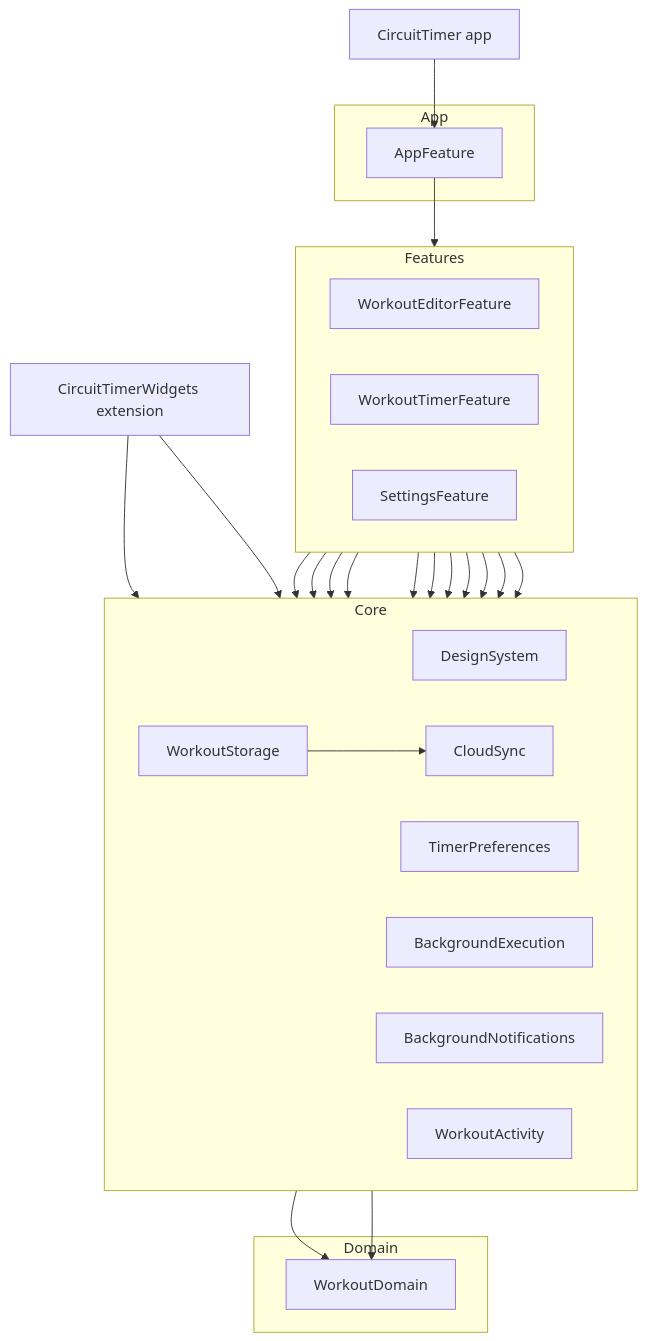
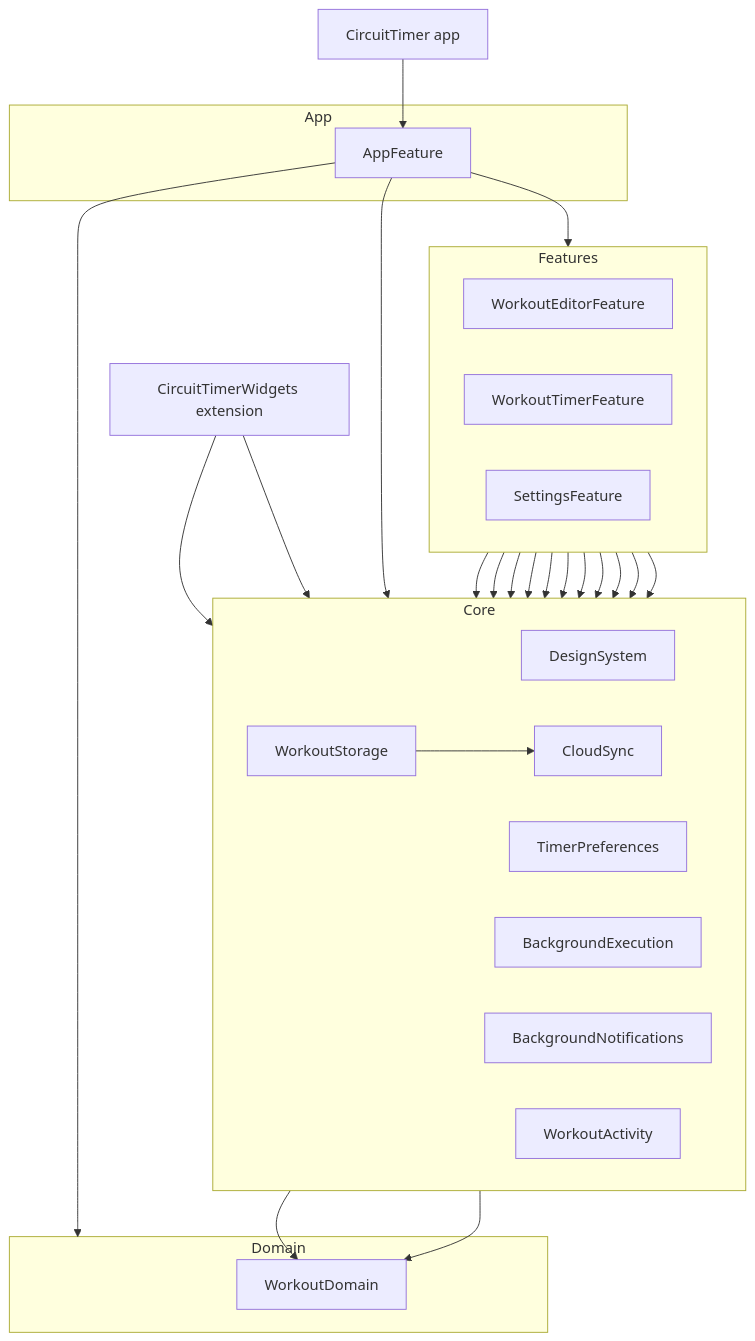
One commit to akrementsov/CircuitTimer changed the diagram in README.md. Above: the diagram before and after it, drawn with Mermaid. The commit also changed other lines of this file and 9 other files, not shown here.

````diff
--- a/README.md
+++ b/README.md
@@ -26,49 +98,51 @@
 ```mermaid
 flowchart TD
     Shell["CircuitTimer app"] --> AppFeature
 
     subgraph AppLayer["App"]
         AppFeature
     end
 
     subgraph Features
         direction LR
         WorkoutEditorFeature
         WorkoutTimerFeature
         SettingsFeature
     end
 
     subgraph Core
         direction LR
         DesignSystem
         WorkoutStorage
         TimerPreferences
         BackgroundExecution
         BackgroundNotifications
         WorkoutActivity
         CloudSync
     end
 
     subgraph Domain
         WorkoutDomain
     end
 
     AppFeature --> Features
+    AppFeature --> Core
+    AppFeature --> Domain
     WorkoutEditorFeature --> DesignSystem
     WorkoutEditorFeature --> WorkoutStorage
     WorkoutTimerFeature --> DesignSystem
     WorkoutTimerFeature --> WorkoutStorage
     WorkoutTimerFeature --> TimerPreferences
     WorkoutTimerFeature --> BackgroundExecution
     SettingsFeature --> DesignSystem
     SettingsFeature --> TimerPreferences
     SettingsFeature --> CloudSync
     WorkoutTimerFeature --> BackgroundNotifications
     WorkoutTimerFeature --> WorkoutActivity
     WorkoutStorage --> WorkoutDomain
     WorkoutStorage --> CloudSync
     WorkoutActivity --> WorkoutDomain
 
     Widgets["CircuitTimerWidgets extension"] --> WorkoutActivity
     Widgets --> DesignSystem
 ```
````
